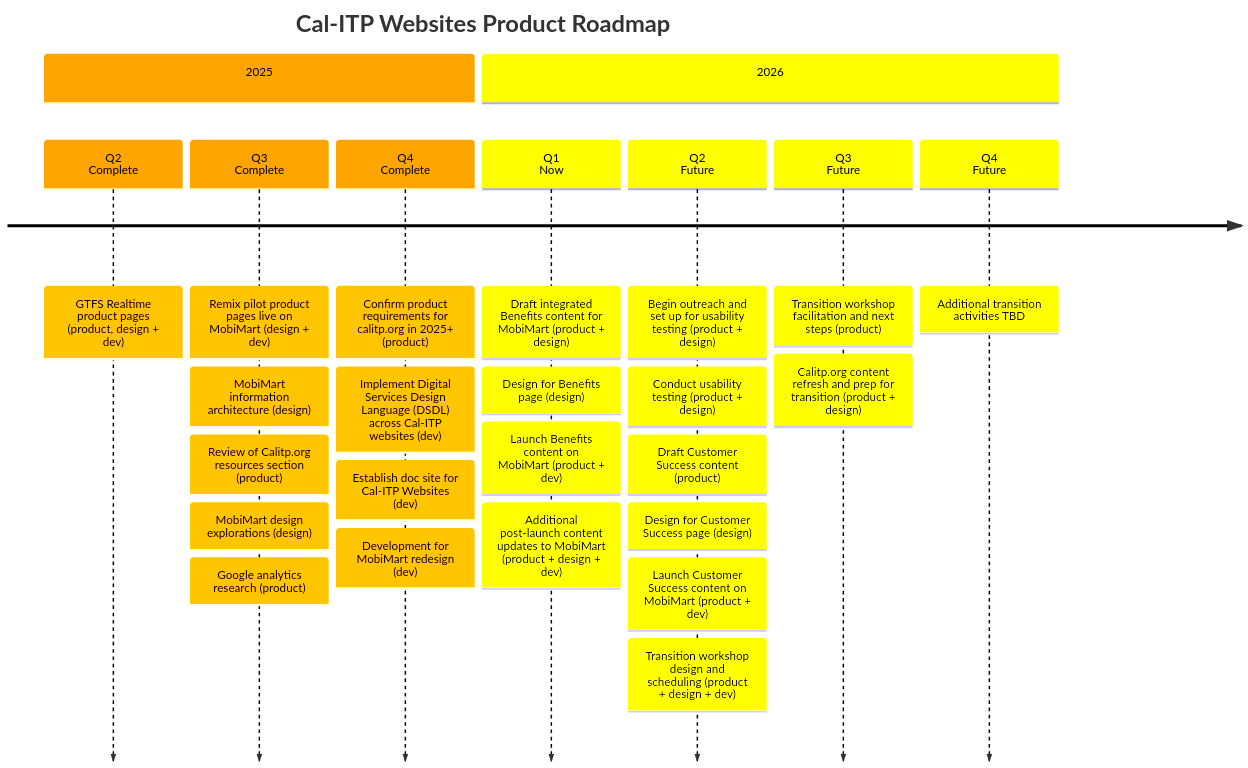
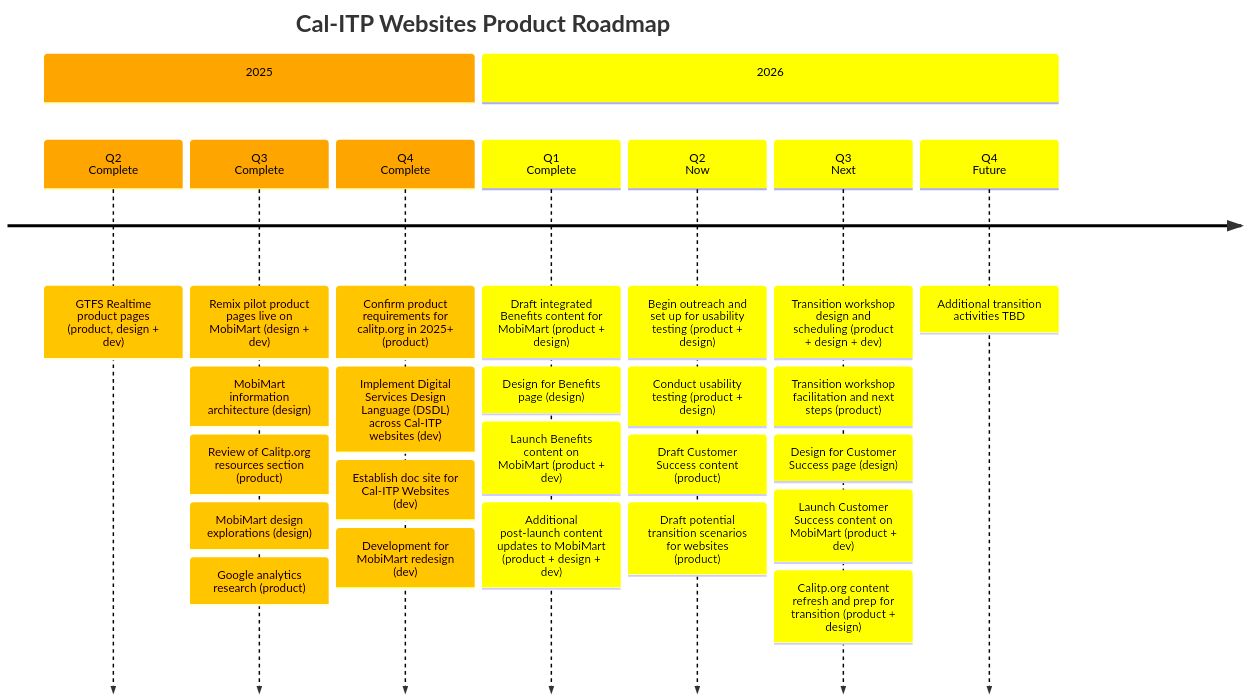
Before and after one commit to cal-itp/calitp.org: the diagram in docs/index.md, drawn with Mermaid.

Commit message:
Update index.md
Minor updates to roadmap (shifted the timeline for certain things)

````diff
--- a/docs/index.md
+++ b/docs/index.md
@@ -5,62 +5,63 @@
 ```mermaid
   timeline
     title Cal-ITP Websites Product Roadmap
-
+   
     %% Websites Epics (2025)
     section 2025
 
     Q2<br>Complete
     : GTFS Realtime product pages (product, design + dev)
 
     Q3<br>Complete
     : Remix pilot product pages live on MobiMart (design + dev)
     : MobiMart information architecture (design)
     : Review of Calitp.org resources section (product)
     : MobiMart design explorations (design)
     : Google analytics research (product)
-
+  
 
     Q4<br>Complete
     : Confirm product requirements for calitp.org in 2025+ (product)
     : Implement Digital Services Design Language (DSDL) across Cal-ITP websites (dev)
     : Establish doc site for Cal-ITP Websites (dev)
     : Development for MobiMart redesign (dev)
 
     section 2026
 
-    Q1<br>Now
+    Q1<br>Complete
     : Draft integrated Benefits content for MobiMart (product + design)
     : Design for Benefits page (design)
     : Launch Benefits content on MobiMart (product + dev)
     : Additional post-launch content updates to MobiMart (product + design + dev)
 
-    Q2<br>Future
-    : Begin outreach and set up for usability testing (product + design)
+    Q2<br>Now
+    : Begin outreach and set up for usability testing (product + design) 
     : Conduct usability testing (product + design)
     : Draft Customer Success content (product)
+    : Draft potential transition scenarios for websites (product)
+
+    Q3<br>Next 
+    : Transition workshop design and scheduling (product + design + dev)
+    : Transition workshop facilitation and next steps (product)
     : Design for Customer Success page (design)
     : Launch Customer Success content on MobiMart (product + dev)
-    : Transition workshop design and scheduling (product + design + dev)
-
-    Q3<br>Future
-    : Transition workshop facilitation and next steps (product)
     : Calitp.org content refresh and prep for transition (product + design)
 
     Q4<br>Future
-    : Additional transition activities TBD
+    : Additional transition activities TBD 
    %%{
         init: {
             'logLevel': 'debug',
             'theme': 'default' ,
             'themeVariables': {
                 'cScale0': '#ffa500', 'cScaleLabel0': '#000000',
                 'cScale1': '#ffff00', 'cScaleLabel1': '#000000',
                 'cScale2': '#ffff00', 'cScaleLabel2': '#000000',
                 'cScale3': '#008000', 'cScaleLabel3': '#ffffff',
                 'cScale4': '#0000ff', 'cScaleLabel4': '#ffffff',
                 'cScale5': '#4b0082', 'cScaleLabel5': '#ffffff',
                 'cScale6': '#000000', 'cScaleLabel6': '#ffffff'
             }
         }
     }%%
 ```
````
